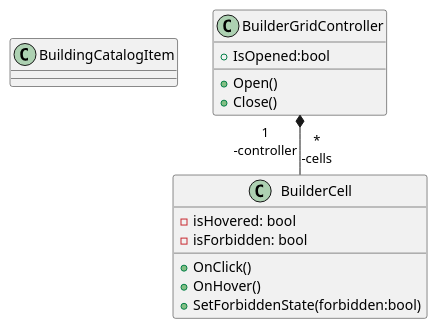
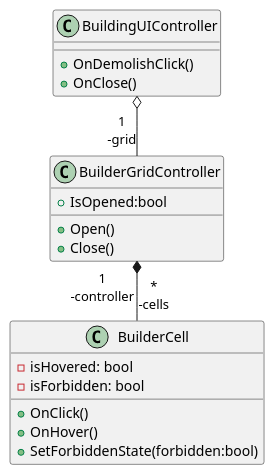
One commit to Peter-Balint/SafariGame changed the diagram in class-diagram/build-ui.plantuml. Above: the diagram before and after it, drawn with PlantUML. The commit also changed 2 other files, not shown here.

```diff
--- a/class-diagram/build-ui.plantuml
+++ b/class-diagram/build-ui.plantuml
@@ -1,23 +1,26 @@
 @startuml
-
-class BuildingCatalogItem{
+class BuildingUIController{
+    +OnDemolishClick()
+    +OnClose()
     
 }
 
 class BuilderGridController{
     +IsOpened:bool
     +Open()
     +Close()
 }
 
 class BuilderCell{
     -isHovered: bool
     -isForbidden: bool
     +OnClick()
     +OnHover()
     +SetForbiddenState(forbidden:bool)
 }
 
 BuilderGridController "1\n-controller" *-- "*\n-cells" BuilderCell
 
+BuildingUIController  o-- "1\n-grid" BuilderGridController
+
 @enduml
```
